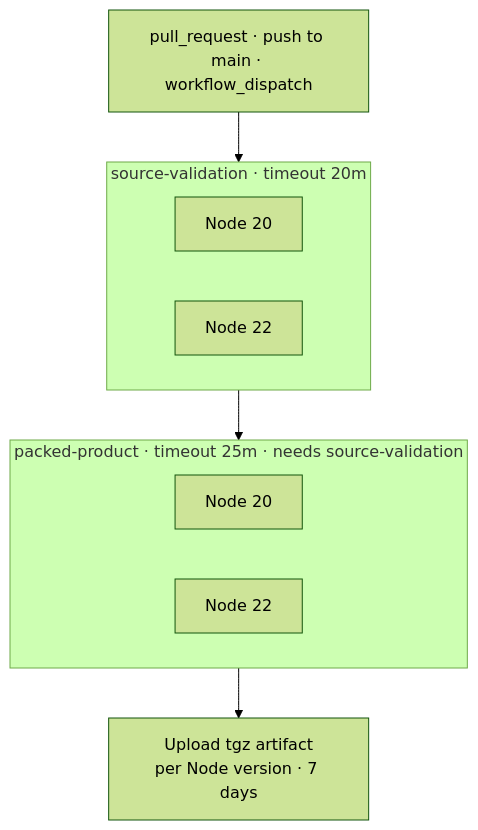
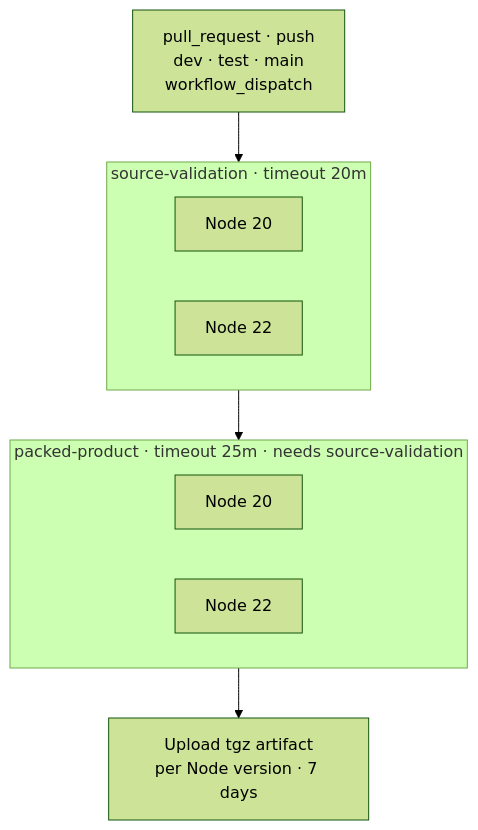
One commit to cyhunblr/synaphex changed the diagram in docs/development/ci.md. Above: the diagram before and after it, drawn with Mermaid (forest theme). The commit also changed other lines of this file and 4 other files, not shown here.

````diff
--- a/docs/development/ci.md
+++ b/docs/development/ci.md
@@ -28,18 +28,18 @@
 ```mermaid
 flowchart TD
-    T[pull_request · push to main · workflow_dispatch] --> SV
+    T[pull_request · push<br/>dev · test · main<br/>workflow_dispatch] --> SV
 
     subgraph SV[source-validation · timeout 20m]
         SV20[Node 20]
         SV22[Node 22]
     end
 
     SV --> PP
 
     subgraph PP[packed-product · timeout 25m · needs source-validation]
         PP20[Node 20]
         PP22[Node 22]
     end
 
     PP --> ART[Upload tgz artifact<br/>per Node version · 7 days]
 ```
````
